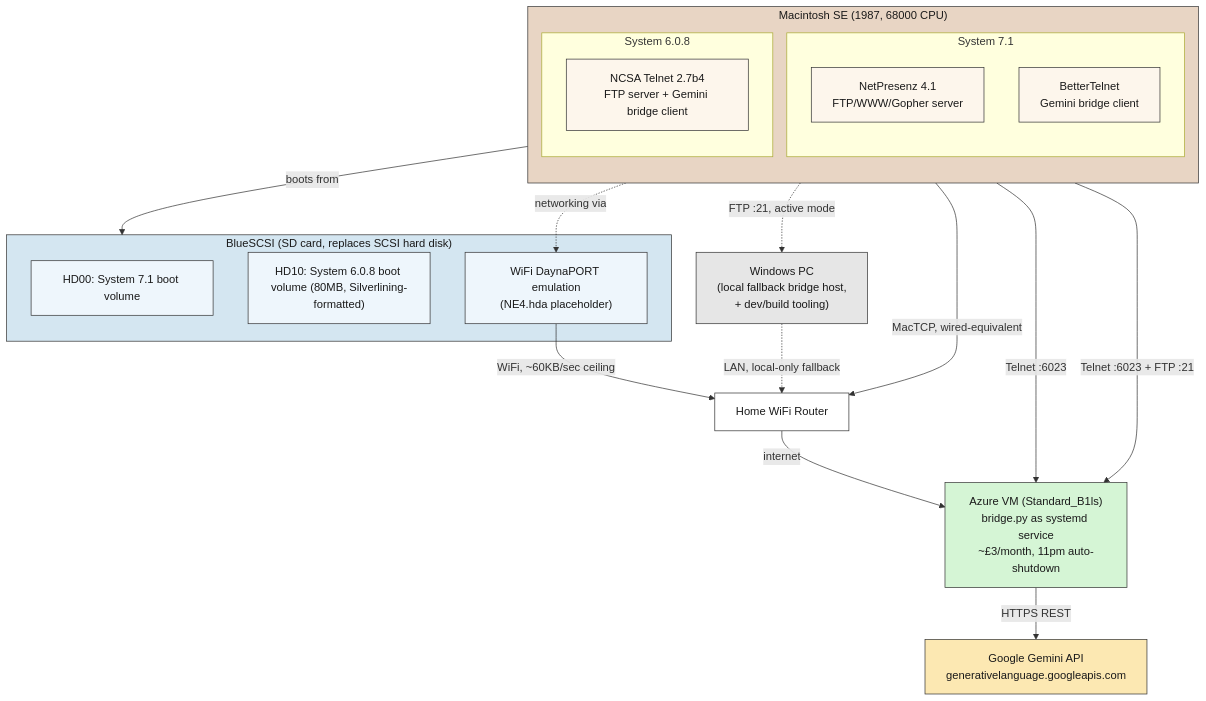
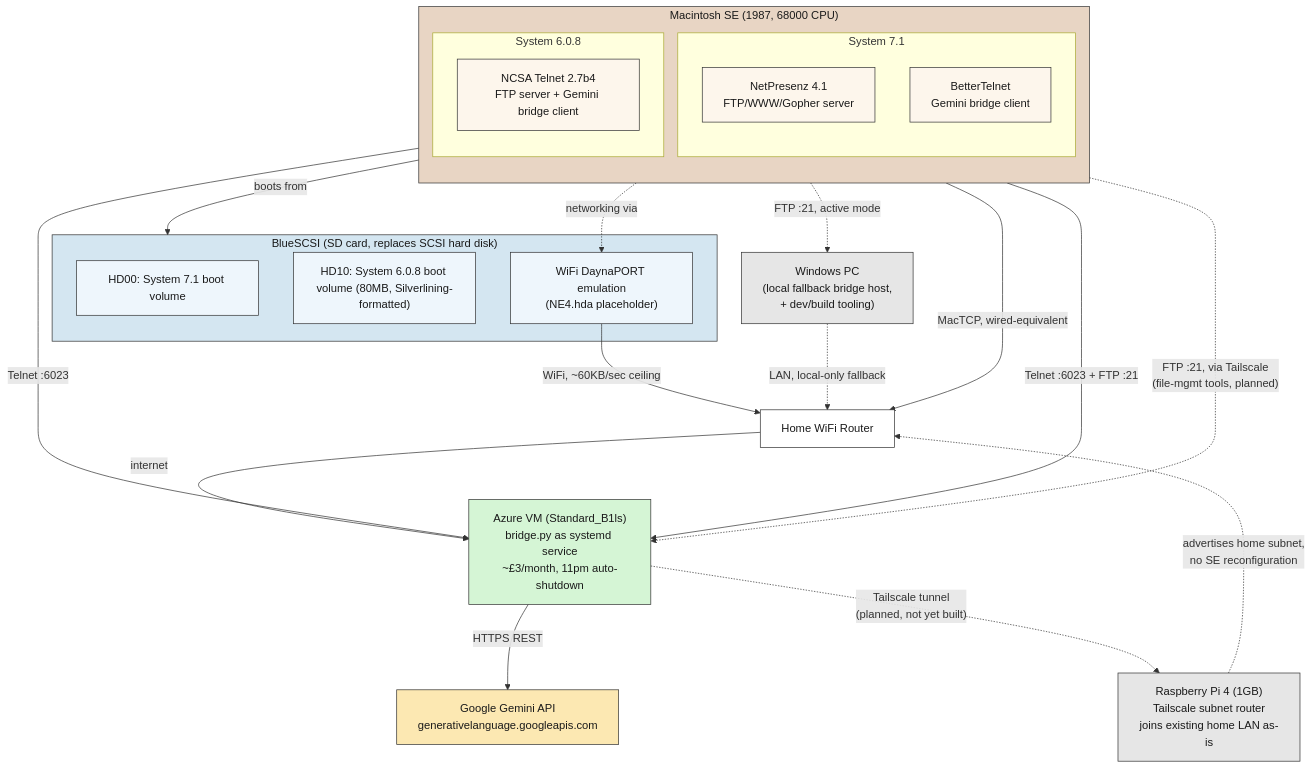
Before and after one commit to sheppy1/mac-se-gemini-bridge: the first of 6 diagrams in ARCHITECTURE.md, drawn with Mermaid. The commit also changed other lines of this file and 5 other files, not shown here.

````diff
--- a/ARCHITECTURE.md
+++ b/ARCHITECTURE.md
@@ -10,46 +10,50 @@
 ```mermaid
 flowchart TB
     subgraph SE["Macintosh SE (1987, 68000 CPU)"]
         direction TB
         subgraph OS71["System 7.1"]
             NP["NetPresenz 4.1<br/>FTP/WWW/Gopher server"]
             BT["BetterTelnet<br/>Gemini bridge client"]
         end
         subgraph OS608["System 6.0.8"]
             NCSA["NCSA Telnet 2.7b4<br/>FTP server + Gemini bridge client"]
         end
     end
 
     subgraph BlueSCSI["BlueSCSI (SD card, replaces SCSI hard disk)"]
         HD00["HD00: System 7.1 boot volume"]
         HD10["HD10: System 6.0.8 boot volume (80MB, Silverlining-formatted)"]
         DPORT["WiFi DaynaPORT emulation<br/>(NE4.hda placeholder)"]
     end
 
     SE -- "boots from" --> BlueSCSI
     OS608 -. "networking via" .-> DPORT
     DPORT -- "WiFi, ~60KB/sec ceiling" --> Router["Home WiFi Router"]
     OS71 -- "MacTCP, wired-equivalent" --> Router
 
     Router -- "internet" --> Azure["Azure VM (Standard_B1ls)<br/>bridge.py as systemd service<br/>~£3/month, 11pm auto-shutdown"]
     Azure -- "HTTPS REST" --> Gemini["Google Gemini API<br/>generativelanguage.googleapis.com"]
+    Azure -. "Tailscale tunnel<br/>(planned, not yet built)" .-> Pi["Raspberry Pi 4 (1GB)<br/>Tailscale subnet router<br/>joins existing home LAN as-is"]
+    Pi -. "advertises home subnet,<br/>no SE reconfiguration" .-> Router
 
     PC["Windows PC<br/>(local fallback bridge host,<br/>+ dev/build tooling)"] -. "LAN, local-only fallback" .-> Router
 
     NP -. "FTP :21, active mode" .-> PC
     BT -- "Telnet :6023" --> Azure
     NCSA -- "Telnet :6023 + FTP :21" --> Azure
+    NCSA -. "FTP :21, via Tailscale<br/>(file-mgmt tools, planned)" .-> Azure
 
     style SE fill:#e8d5c4,stroke:#333,color:#1a1a1a
     style BlueSCSI fill:#d4e6f1,stroke:#333,color:#1a1a1a
     style Azure fill:#d5f5d5,stroke:#333,color:#1a1a1a
     style Gemini fill:#fce8b2,stroke:#333,color:#1a1a1a
     style PC fill:#e6e6e6,stroke:#333,color:#1a1a1a
+    style Pi fill:#e6e6e6,stroke:#333,color:#1a1a1a
     style NP fill:#fdf6ec,stroke:#333,color:#1a1a1a
     style BT fill:#fdf6ec,stroke:#333,color:#1a1a1a
     style NCSA fill:#fdf6ec,stroke:#333,color:#1a1a1a
     style HD00 fill:#eef6fc,stroke:#333,color:#1a1a1a
     style HD10 fill:#eef6fc,stroke:#333,color:#1a1a1a
     style DPORT fill:#eef6fc,stroke:#333,color:#1a1a1a
     style Router fill:#ffffff,stroke:#333,color:#1a1a1a
 ```
````
